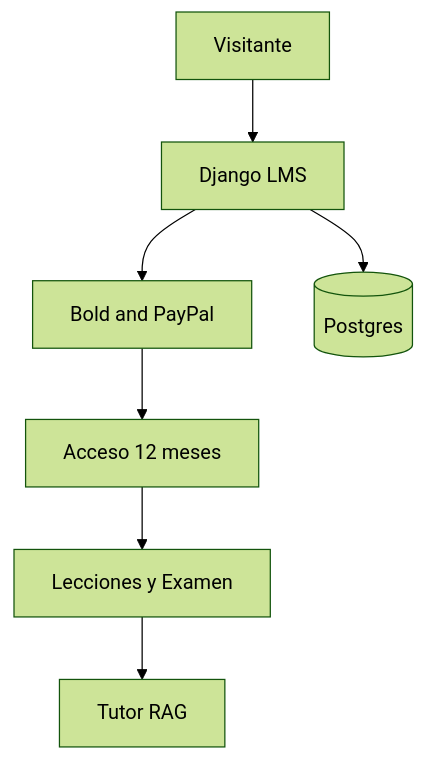
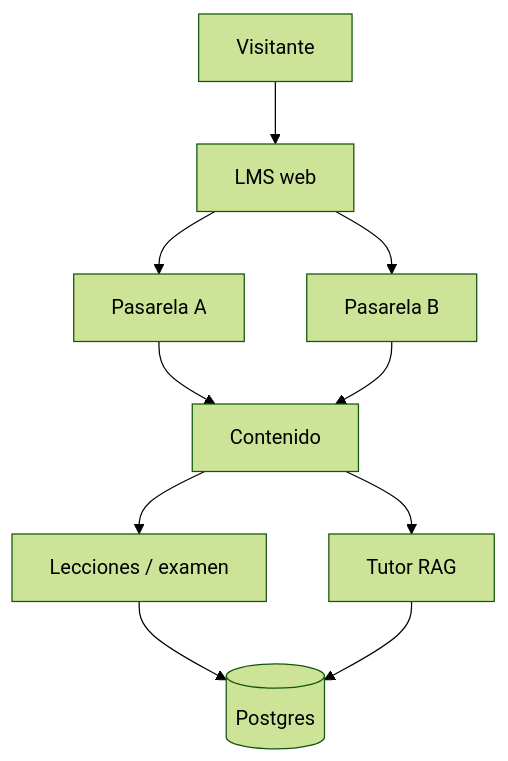
Before and after one commit to medellinwebsoluciones/web-ricardo: the diagram in docs/portfolio-briefs/arch/plataforma-aprendizaje.mmd, drawn with Mermaid (forest theme). The commit also changed 45 other files, not shown here.

```diff
--- a/docs/portfolio-briefs/arch/plataforma-aprendizaje.mmd
+++ b/docs/portfolio-briefs/arch/plataforma-aprendizaje.mmd
@@ -1,7 +1,10 @@
 flowchart TB
-  Visitor[Visitante] --> Django[Django LMS]
-  Django --> Pay[Bold and PayPal]
-  Pay --> Access[Acceso 12 meses]
-  Access --> Course[Lecciones y Examen]
-  Course --> Tutor[Tutor RAG]
-  Django --> DB[(Postgres)]
+  V[Visitante] --> LMS[LMS web]
+  LMS --> PA[Pasarela A]
+  LMS --> PB[Pasarela B]
+  PA --> Unlock[Contenido]
+  PB --> Unlock
+  Unlock --> Les[Lecciones / examen]
+  Unlock --> RAG[Tutor RAG]
+  Les --> DB[(Postgres)]
+  RAG --> DB
```
